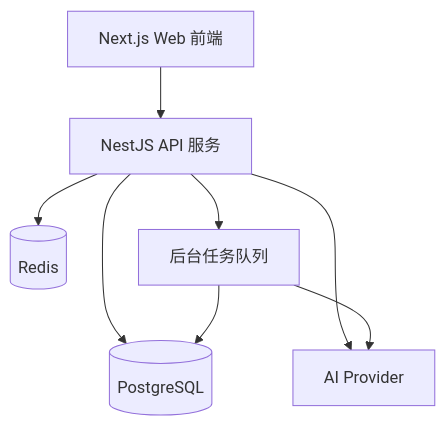
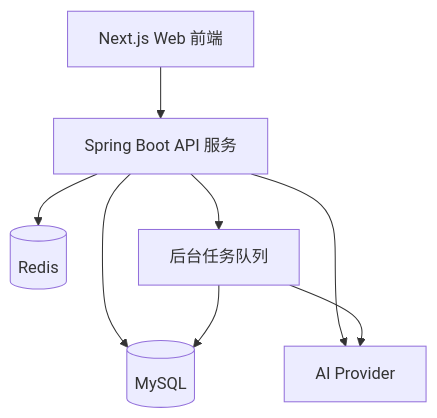
The fifth of 5 diagrams in 智能主动获客销售系统-架构文档.md (ouyrp/LeadSpark-AI), drawn with Mermaid before and after one commit. The commit also changed other lines of this file and 1 other file, not shown here.

Commit message:
Update backend stack to Java and MySQL

````diff
--- a/智能主动获客销售系统-架构文档.md
+++ b/智能主动获客销售系统-架构文档.md
@@ -760,10 +763,10 @@
 ```mermaid
 flowchart TB
-    FE[Next.js Web 前端] --> API[NestJS API 服务]
-    API --> DB[(PostgreSQL)]
+    FE[Next.js Web 前端] --> API[Spring Boot API 服务]
+    API --> DB[(MySQL)]
     API --> REDIS[(Redis)]
     API --> AI[AI Provider]
     API --> JOB[后台任务队列]
     JOB --> DB
     JOB --> AI
 ```
````
